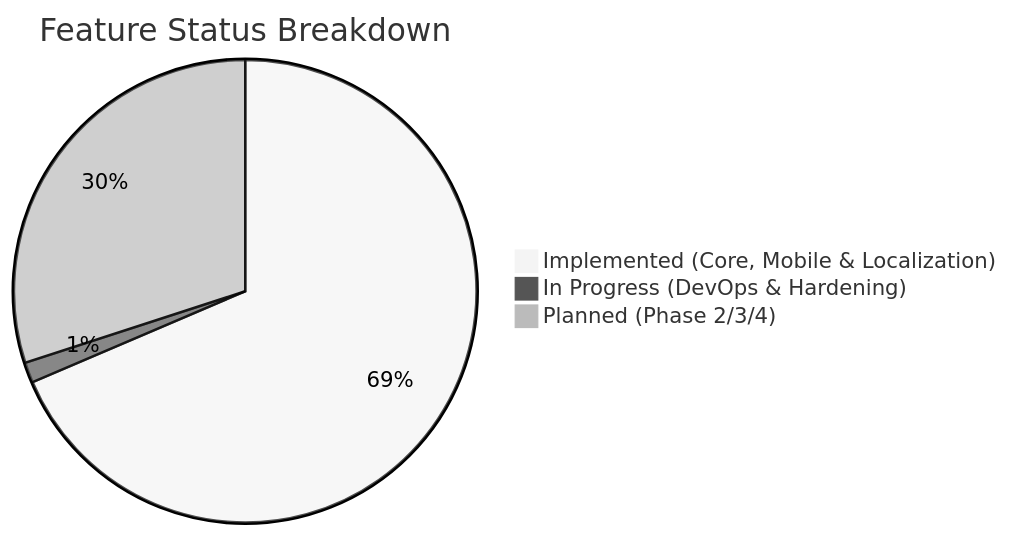
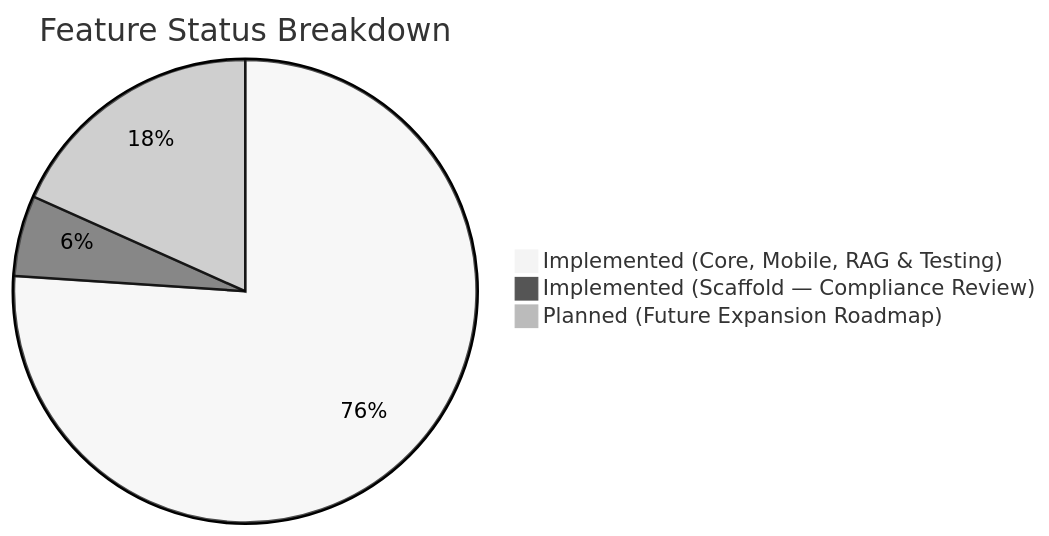
The first of 2 diagrams in FeatTracking/Master Feature Tracking.md (Nevil-Nandasana/Grahvani), drawn with Mermaid (neutral theme) before and after one commit. The commit also changed other lines of this file and 25 other files, not shown here.

````diff
--- a/FeatTracking/Master Feature Tracking.md
+++ b/FeatTracking/Master Feature Tracking.md
@@ -18,6 +18,6 @@
 ```mermaid
 pie title Feature Status Breakdown
-    "Implemented (Core, Mobile & Localization)" : 48
-    "In Progress (DevOps & Hardening)" : 1
-    "Planned (Phase 2/3/4)" : 21
+    "Implemented (Core, Mobile, RAG & Testing)" : 54
+    "Implemented (Scaffold — Compliance Review)" : 4
+    "Planned (Future Expansion Roadmap)" : 13
 ```
````
